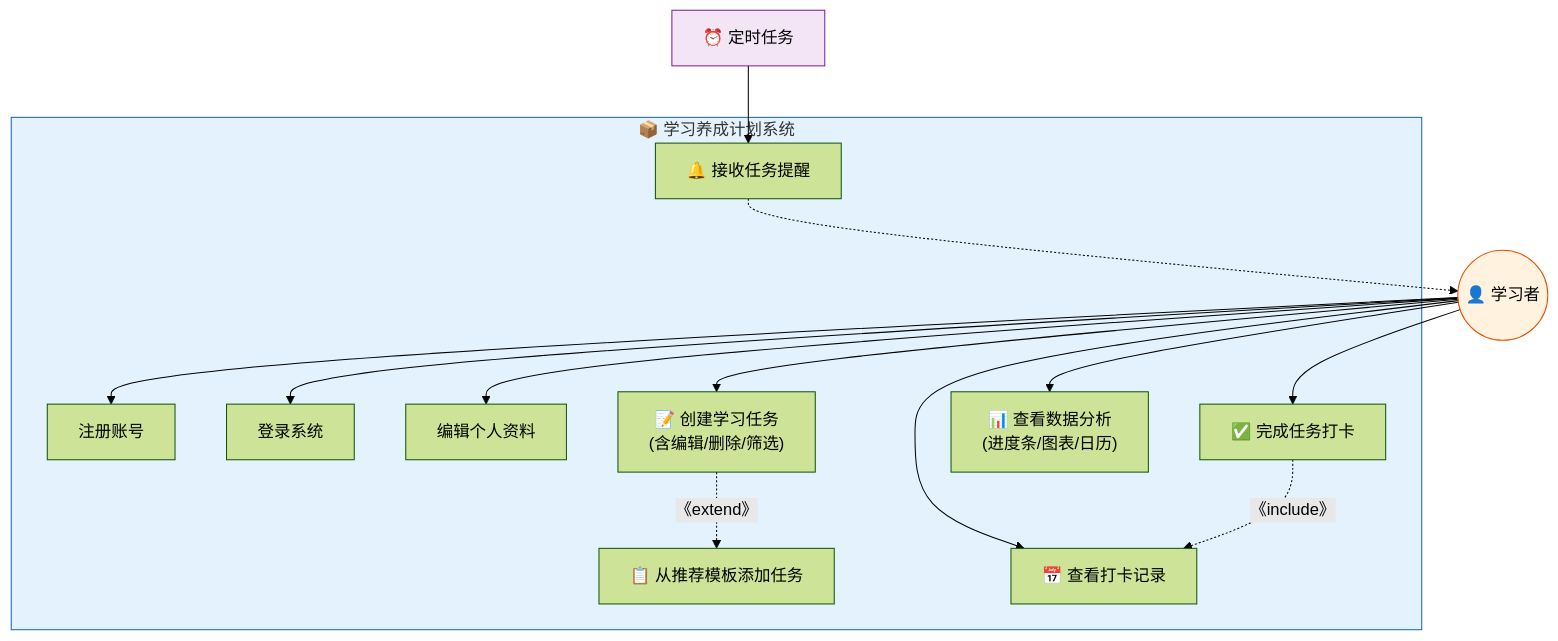
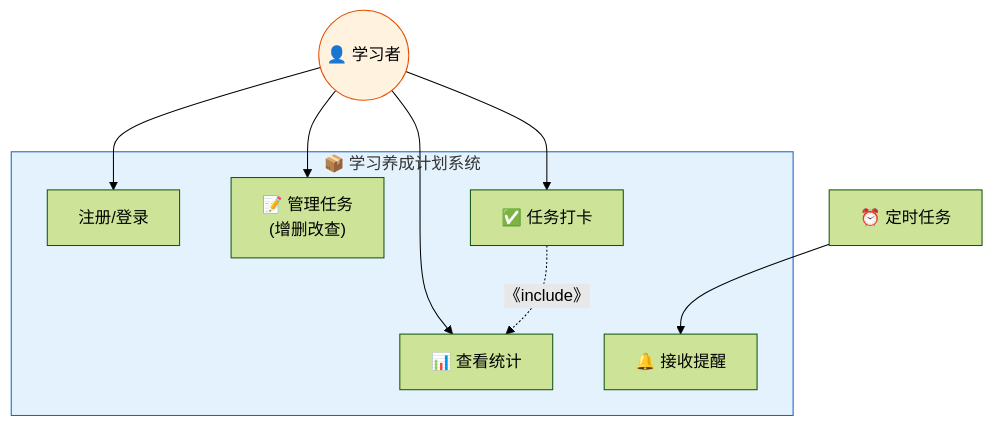
The second of 7 diagrams in 需求报告.md (TonyzzZ666/Study-Agent), drawn with Mermaid (forest theme) before and after one commit. The commit also changed other lines of this file and 3 other files, not shown here.

````diff
--- a/需求报告.md
+++ b/需求报告.md
@@ -166,33 +72,23 @@
 ```mermaid
 flowchart TD
     subgraph System["📦 学习养成计划系统"]
-        UC01[注册账号]
-        UC02[登录系统]
-        UC03[编辑个人资料]
-        UC04["📝 创建学习任务<br/>(含编辑/删除/筛选)"]
-        UC05["📋 从推荐模板添加任务"]
-        UC06["✅ 完成任务打卡"]
-        UC07["📅 查看打卡记录"]
-        UC08["📊 查看数据分析<br/>(进度条/图表/日历)"]
-        UC09["🔔 接收任务提醒"]
+        UC01[注册/登录]
+        UC02["📝 管理任务<br/>(增删改查)"]
+        UC03["✅ 任务打卡"]
+        UC04["📊 查看统计"]
+        UC05["🔔 接收提醒"]
     end
 
     Actor((👤 学习者))
     Scheduler[⏰ 定时任务]
 
     Actor --> UC01
     Actor --> UC02
     Actor --> UC03
     Actor --> UC04
-    Actor --> UC06
-    Actor --> UC07
-    Actor --> UC08
-    UC04 -.->|《extend》| UC05
-    UC06 -.->|《include》| UC07
-    Scheduler --> UC09
-    UC09 -.-> Actor
+    UC03 -.->|《include》| UC04
+    Scheduler --> UC05
 
     style System fill:#e3f2fd,stroke:#1565c0
     style Actor fill:#fff3e0,stroke:#e65100
-    style Scheduler fill:#f3e5f5,stroke:#7b1fa2
 ```
````
